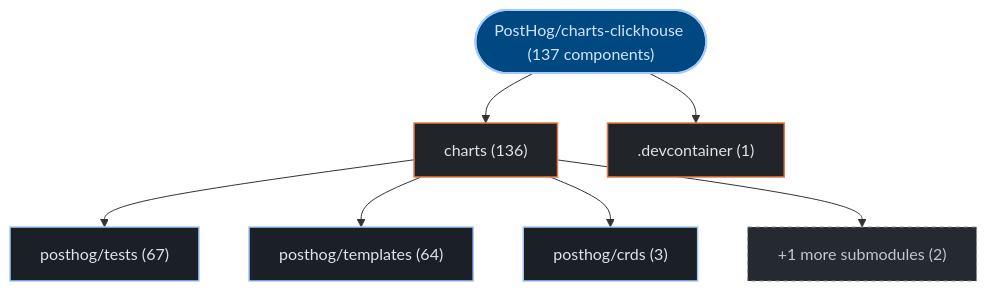
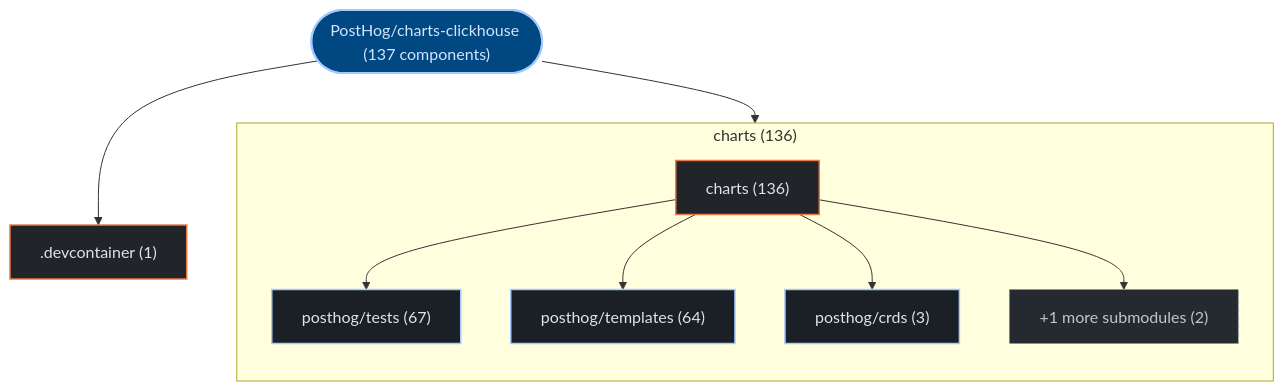
The first of 3 diagrams in exports/latest/reports/PostHog-charts-clickhouse-report.md (kumarshaz/atruss-code-atlas), drawn with Mermaid before and after one commit. The commit also changed 178 other files, not shown here.

Commit message:
feat(ui,mermaid): upgrade to mermaid v12 + ELK layout, add orgs-summary + pagination, subgraph building blocks, fix tab alignment

````diff
--- a/exports/latest/reports/PostHog-charts-clickhouse-report.md
+++ b/exports/latest/reports/PostHog-charts-clickhouse-report.md
@@ -42,23 +42,26 @@
 ```mermaid
 graph TD;
   classDef atlasRoot fill:#004882,stroke:#a3c9ff,stroke-width:2px,color:#d3e4ff
   classDef atlasCategory fill:#212428,stroke:#E87A48,stroke-width:1.5px,color:#dfe3eb
   classDef atlasWorkflow fill:#1b2026,stroke:#a3c9ff,stroke-width:1.5px,color:#dfe3eb
   classDef atlasJob fill:#171c22,stroke:#8d9199,stroke-width:1px,color:#dfe3eb
   classDef atlasTarget fill:#005227,stroke:#8bd99b,stroke-width:1.5px,color:#a7f6b6
   classDef atlasAlert fill:#93000a,stroke:#ffb4ab,stroke-width:1.5px,color:#ffdad6
   classDef atlasMore fill:#252a31,stroke:#8d9199,stroke-dasharray:4 4,color:#c3c6cf
     repo_root(["PostHog/charts-clickhouse (137 components)"]):::atlasRoot
-    dir_0_charts["charts (136)"]:::atlasCategory
+    subgraph sg_dir_0_charts["charts (136)"]
+      direction TB
+      dir_0_charts["charts (136)"]:::atlasCategory
+      sub_0_0_posthog_tests["posthog/tests (67)"]:::atlasWorkflow
+      dir_0_charts --> sub_0_0_posthog_tests
+      sub_0_1_posthog_templates["posthog/templates (64)"]:::atlasWorkflow
+      dir_0_charts --> sub_0_1_posthog_templates
+      sub_0_2_posthog_crds["posthog/crds (3)"]:::atlasWorkflow
+      dir_0_charts --> sub_0_2_posthog_crds
+      sub_0_more["+1 more submodules (2)"]:::atlasMore
+      dir_0_charts --> sub_0_more
+    end
     repo_root --> dir_0_charts
-    sub_0_0_posthog_tests["posthog/tests (67)"]:::atlasWorkflow
-    dir_0_charts --> sub_0_0_posthog_tests
-    sub_0_1_posthog_templates["posthog/templates (64)"]:::atlasWorkflow
-    dir_0_charts --> sub_0_1_posthog_templates
-    sub_0_2_posthog_crds["posthog/crds (3)"]:::atlasWorkflow
-    dir_0_charts --> sub_0_2_posthog_crds
-    sub_0_more["+1 more submodules (2)"]:::atlasMore
-    dir_0_charts --> sub_0_more
     dir_1__devcontainer[".devcontainer (1)"]:::atlasCategory
     repo_root --> dir_1__devcontainer
 ```
````
